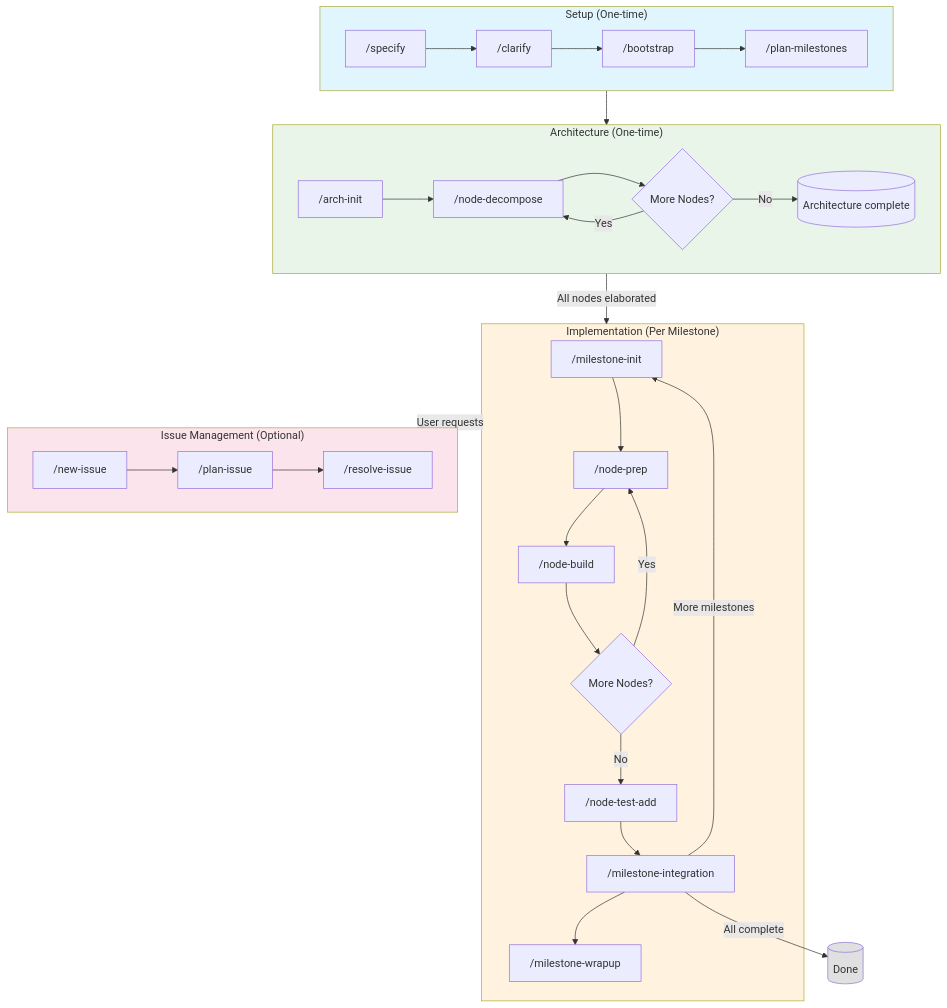
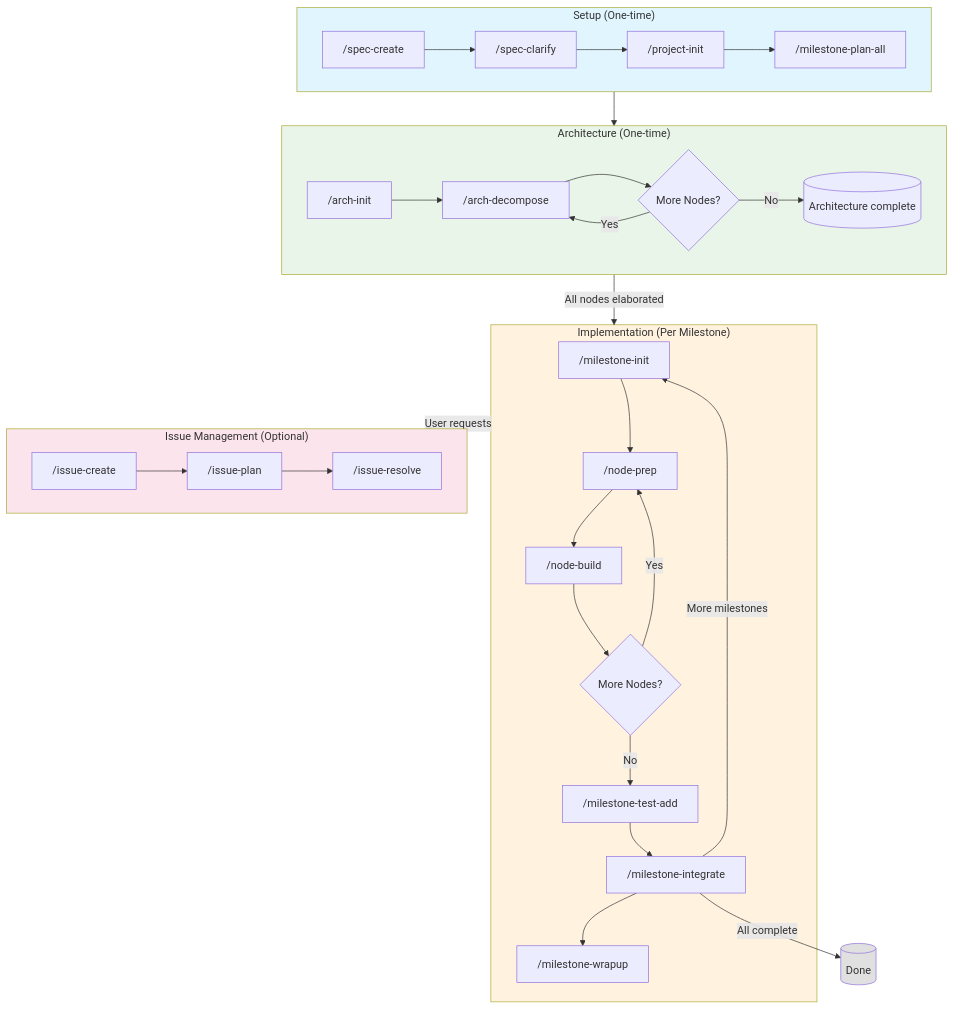
Before and after one commit to JerryAZR/code-workflow-skills: the diagram in README.md, drawn with Mermaid. The commit also changed other lines of this file and 44 other files, not shown here.

````diff
--- a/README.md
+++ b/README.md
@@ -66,42 +66,42 @@
 ```mermaid
 flowchart TB
     subgraph Setup["Setup (One-time)"]
-        S1["/specify"] --> S2["/clarify"]
-        S2 --> S3["/bootstrap"]
-        S3 --> S4["/plan-milestones"]
+        S1["/spec-create"] --> S2["/spec-clarify"]
+        S2 --> S3["/project-init"]
+        S3 --> S4["/milestone-plan-all"]
     end
 
     subgraph Architecture["Architecture (One-time)"]
-        A0["/arch-init"] --> A1["/node-decompose"]
+        A0["/arch-init"] --> A1["/arch-decompose"]
         A1 --> A2{More Nodes?}
         A2 -->|Yes| A1
         A2 -->|No| A3[("Architecture complete")]
     end
 
     subgraph Implementation["Implementation (Per Milestone)"]
         I1["/milestone-init"] --> I2["/node-prep"]
         I2 --> I3["/node-build"]
         I3 --> I4{More Nodes?}
         I4 -->|Yes| I2
-        I4 -->|No| I5["/node-test-add"]
-        I5 --> I6["/milestone-integration"]
+        I4 -->|No| I5["/milestone-test-add"]
+        I5 --> I6["/milestone-integrate"]
         I6 --> I7["/milestone-wrapup"]
     end
 
     subgraph Issue["Issue Management (Optional)"]
-        J1["/new-issue"] --> J2["/plan-issue"]
-        J2 --> J3["/resolve-issue"]
+        J1["/issue-create"] --> J2["/issue-plan"]
+        J2 --> J3["/issue-resolve"]
     end
 
     Setup --> Architecture
     Architecture -->|All nodes elaborated| Implementation
     I6 -->|More milestones| I1
     I6 -->|All complete| Done[("Done")]
     Implementation -.->|User requests| Issue
 
     style Setup fill:#e1f5fe
     style Architecture fill:#e8f5e8
     style Implementation fill:#fff3e0
     style Issue fill:#fce4ec
     style Done fill:#e0e0e0
 ```
````
